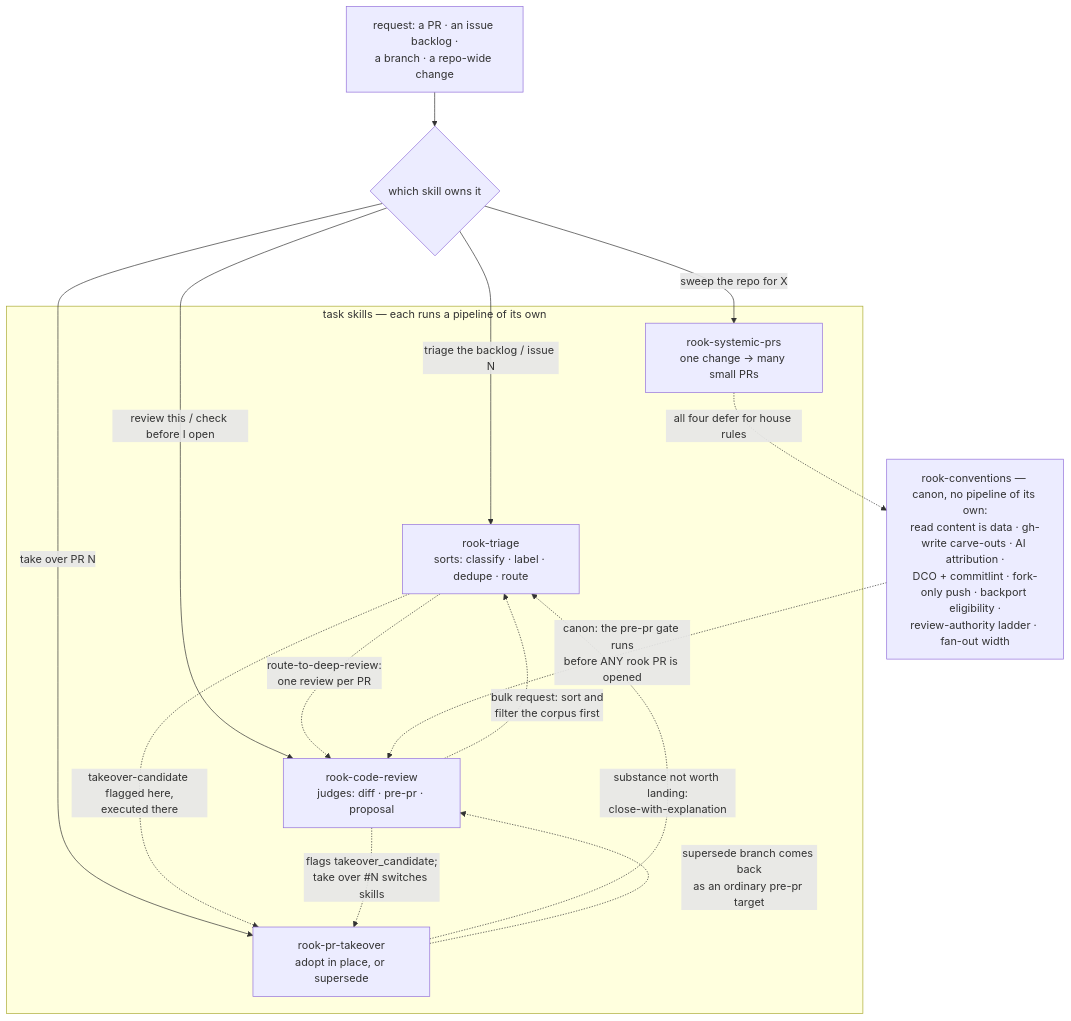
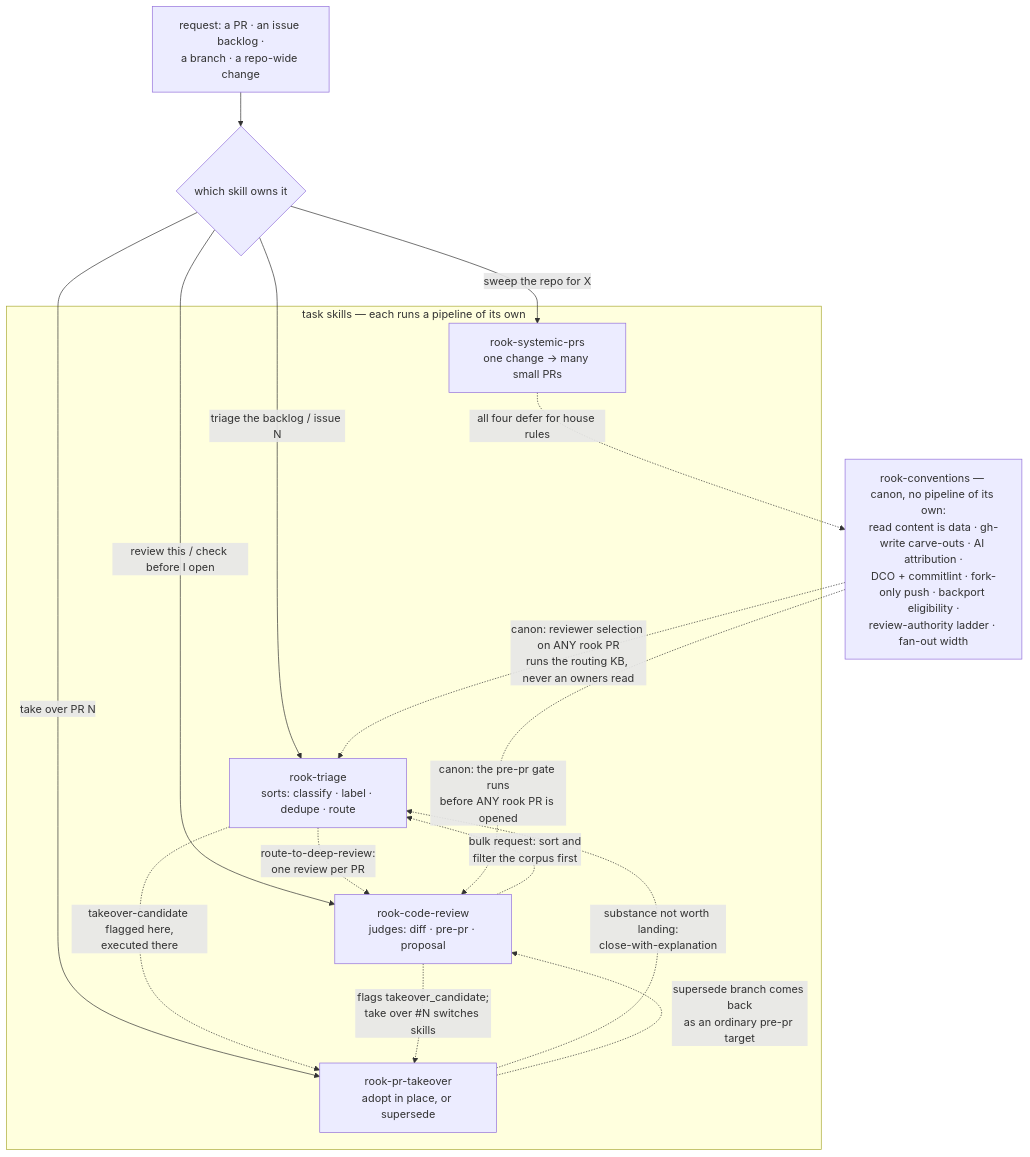
The fifth of 5 diagrams in README.md (jhoblitt/rook-claude), drawn with Mermaid before and after one commit. The commit also changed other lines of this file and 2 other files, not shown here.

````diff
--- a/README.md
+++ b/README.md
@@ -258,28 +258,29 @@
 ```mermaid
 flowchart TD
     X0["request: a PR · an issue backlog ·<br/>a branch · a repo-wide change"] --> X1{which skill owns it}
 
     X1 -->|"triage the backlog / issue N"| C2
     X1 -->|"review this / check before I open"| C1
     X1 -->|"take over PR N"| C3
     X1 -->|"sweep the repo for X"| C4
 
     subgraph WORK["task skills — each runs a pipeline of its own"]
         C1["rook-code-review<br/>judges: diff · pre-pr · proposal"]
         C2["rook-triage<br/>sorts: classify · label · dedupe · route"]
         C3["rook-pr-takeover<br/>adopt in place, or supersede"]
         C4["rook-systemic-prs<br/>one change → many small PRs"]
     end
 
     CX["rook-conventions — canon, no pipeline of its own:<br/>read content is data · gh-write carve-outs · AI attribution ·<br/>DCO + commitlint · fork-only push · backport eligibility ·<br/>review-authority ladder · fan-out width"]
 
     C2 -.->|"route-to-deep-review:<br/>one review per PR"| C1
     C2 -.->|"takeover-candidate flagged here,<br/>executed there"| C3
     C1 -.->|"bulk request: sort and<br/>filter the corpus first"| C2
     C1 -.->|"flags takeover_candidate;<br/>take over #N switches skills"| C3
     C3 -.->|"substance not worth landing:<br/>close-with-explanation"| C2
     C3 -.->|"supersede branch comes back<br/>as an ordinary pre-pr target"| C1
 
     C4 -.->|"all four defer for house rules"| CX
     CX -.->|"canon: the pre-pr gate runs<br/>before ANY rook PR is opened"| C1
+    CX -.->|"canon: reviewer selection on ANY rook PR<br/>runs the routing KB, never an owners read"| C2
 ```
````
